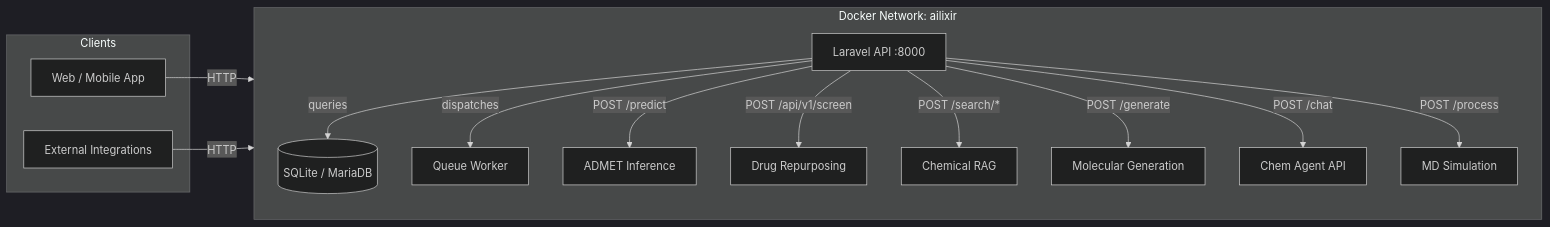
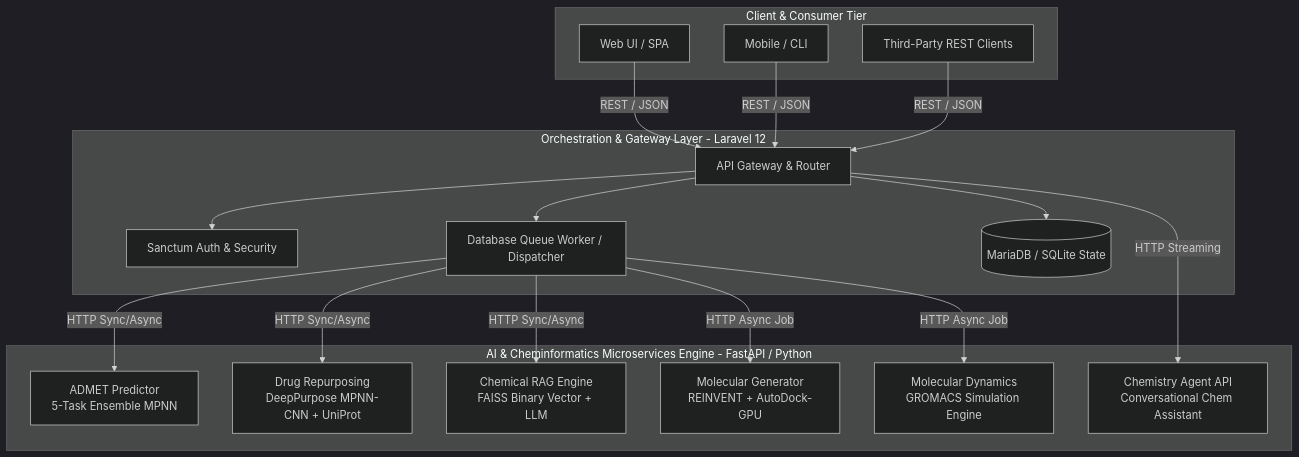
One commit to Yasmeen-code/AILIXIR_BackEnd changed the first of 6 diagrams in README.md. Above: the diagram before and after it, drawn with Mermaid (dark theme). The commit also changed other lines of this file, not shown here.

````diff
--- a/README.md
+++ b/README.md
@@ -26,32 +86,39 @@
 ```mermaid
-flowchart LR
-  subgraph CLIENTS [Clients]
-    A[Web / Mobile App]
-    B[External Integrations]
-  end
+flowchart TB
+    subgraph CLIENT_LAYER [Client & Consumer Tier]
+        WebUI[Web UI / SPA]
+        MobileApp[Mobile / CLI]
+        ExtIntegrations[Third-Party REST Clients]
+    end
 
-  subgraph DOCKER [Docker Network: ailixir]
-    direction TB
-    LAR[Laravel API :8000]
-    Q[Queue Worker]
-    DB[(SQLite / MariaDB)]
+    subgraph ORCHESTRATION_LAYER [Orchestration & Gateway Layer - Laravel 12]
+        Gateway[API Gateway & Router]
+        Auth[Sanctum Auth & Security]
+        QueueManager[Database Queue Worker / Dispatcher]
+        DB[(MariaDB / SQLite State)]
+    end
 
-    ADMET[ADMET Inference]
-    DRUG[Drug Repurposing]
-    CRAG[Chemical RAG]
-    GEN[Molecular Generation]
-    CHEMGENT[Chem Agent API]
-    MD[MD Simulation]
-  end
+    subgraph AI_MICROSERVICES [AI & Cheminformatics Microservices Engine - FastAPI / Python]
+        ADMET_SVC[ADMET Predictor\n5-Task Ensemble MPNN]
+        REPURPOSE_SVC[Drug Repurposing\nDeepPurpose MPNN-CNN + UniProt]
+        RAG_SVC[Chemical RAG Engine\nFAISS Binary Vector + LLM]
+        GEN_SVC[Molecular Generator\nREINVENT + AutoDock-GPU]
+        CHEM_AGENT[Chemistry Agent API\nConversational Chem Assistant]
+        MD_SVC[Molecular Dynamics\nGROMACS Simulation Engine]
+    end
 
-  A -->|HTTP| LAR
-  B -->|HTTP| LAR
-  LAR -->|queries| DB
-  LAR -->|dispatches| Q
-  LAR -->|POST /predict| ADMET
-  LAR -->|POST /api/v1/screen| DRUG
-  LAR -->|POST /search/*| CRAG
-  LAR -->|POST /generate| GEN
-  LAR -->|POST /chat| CHEMGENT
-  LAR -->|POST /process| MD
+    WebUI -->|REST / JSON| Gateway
+    MobileApp -->|REST / JSON| Gateway
+    ExtIntegrations -->|REST / JSON| Gateway
+
+    Gateway --> Auth
+    Gateway --> QueueManager
+    Gateway --> DB
+
+    QueueManager -->|HTTP Sync/Async| ADMET_SVC
+    QueueManager -->|HTTP Sync/Async| REPURPOSE_SVC
+    QueueManager -->|HTTP Sync/Async| RAG_SVC
+    QueueManager -->|HTTP Async Job| GEN_SVC
+    Gateway -->|HTTP Streaming| CHEM_AGENT
+    QueueManager -->|HTTP Async Job| MD_SVC
 ```
````
